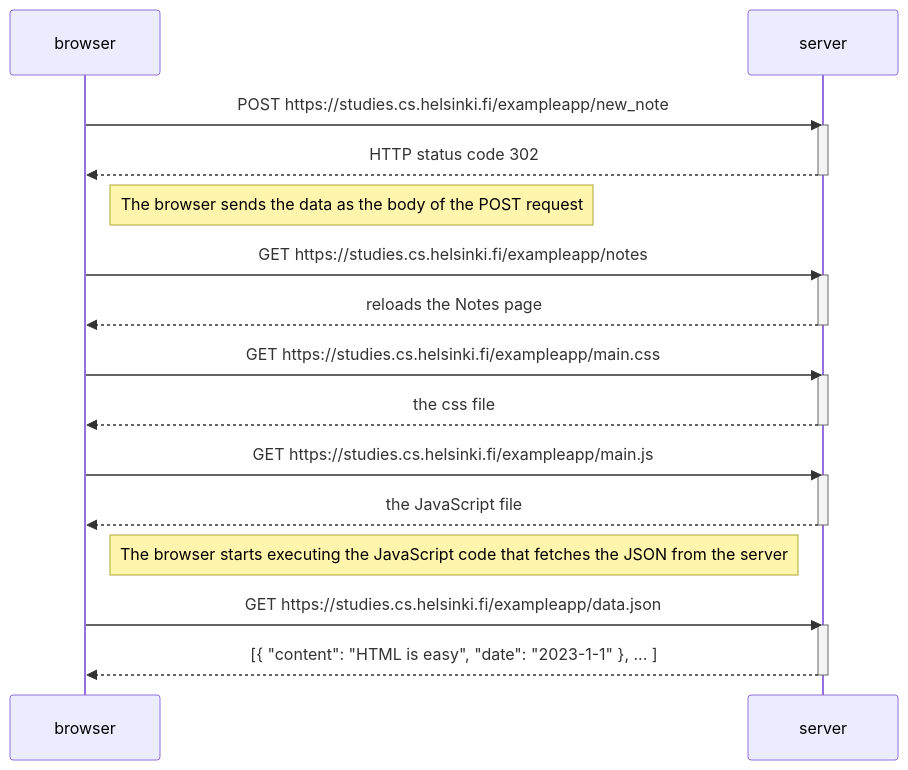
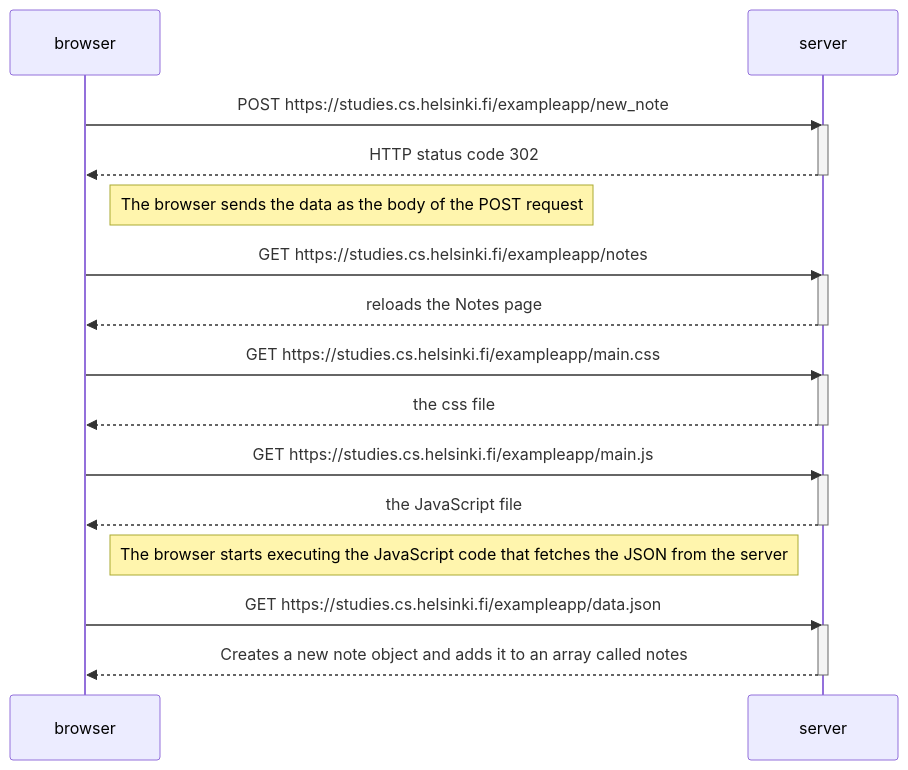
Before and after one commit to dayjigud/Part0: the diagram in 0.4: New Note Diagram.md, drawn with Mermaid.

Commit message:
Update 0.4: New Note Diagram.md

````diff
--- a/0.4: New Note Diagram.md
+++ b/0.4: New Note Diagram.md
@@ -1,36 +1,36 @@
 ```mermaid
 
 sequenceDiagram
     participant browser
     participant server
 
     browser->>server: POST https://studies.cs.helsinki.fi/exampleapp/new_note
     activate server
     server-->>browser: HTTP status code 302
     deactivate server
 
     Note right of browser: The browser sends the data as the body of the POST request
     
     browser->>server: GET https://studies.cs.helsinki.fi/exampleapp/notes
     activate server
     server-->>browser: reloads the Notes page
     deactivate server
     
     browser->>server: GET https://studies.cs.helsinki.fi/exampleapp/main.css
     activate server
     server-->>browser: the css file
     deactivate server
 
     browser->>server: GET https://studies.cs.helsinki.fi/exampleapp/main.js
     activate server
     server-->>browser: the JavaScript file
     deactivate server
 
     Note right of browser: The browser starts executing the JavaScript code that fetches the JSON from the server
 
     browser->>server: GET https://studies.cs.helsinki.fi/exampleapp/data.json
     activate server
-    server-->>browser: [{ "content": "HTML is easy", "date": "2023-1-1" }, ... ]
+    server-->>browser: Creates a new note object and adds it to an array called notes
     deactivate server
 
 ```
````
